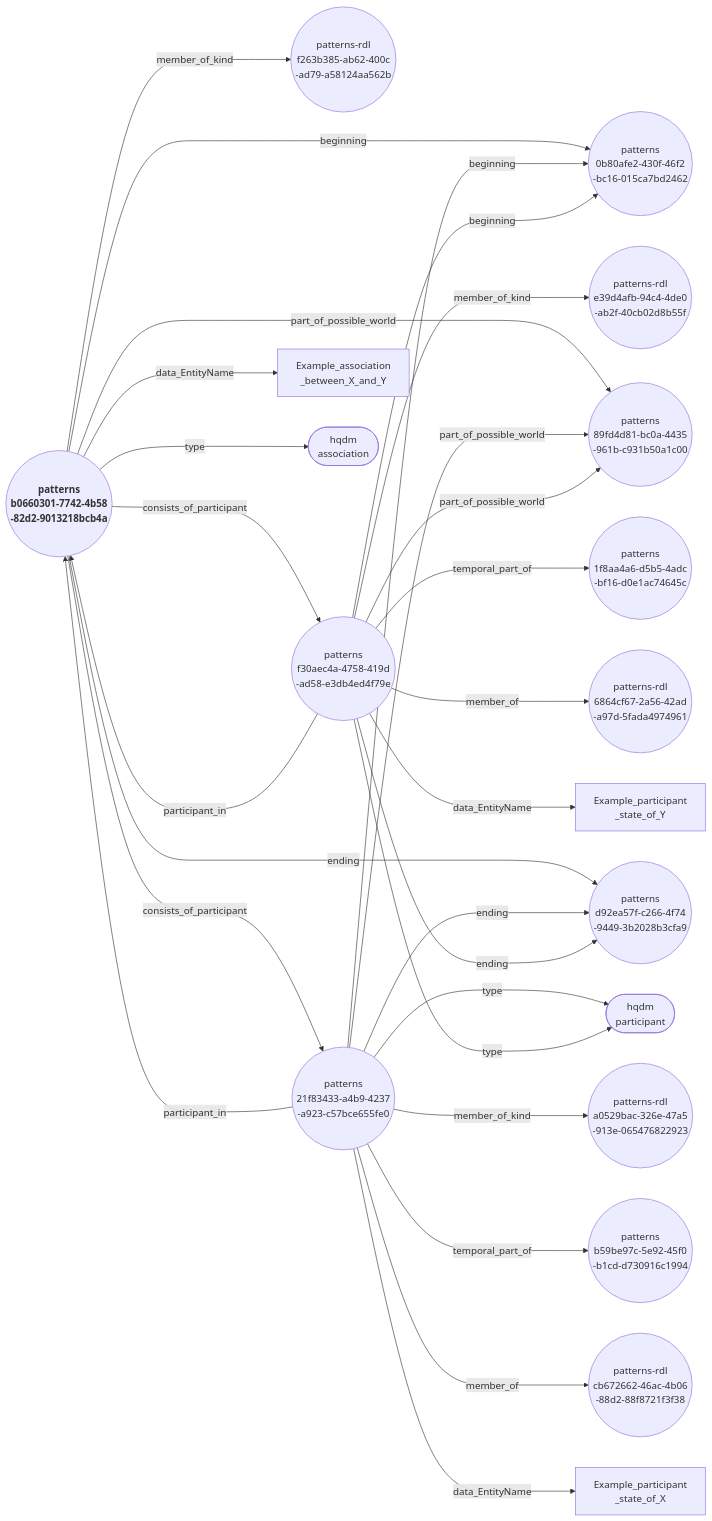
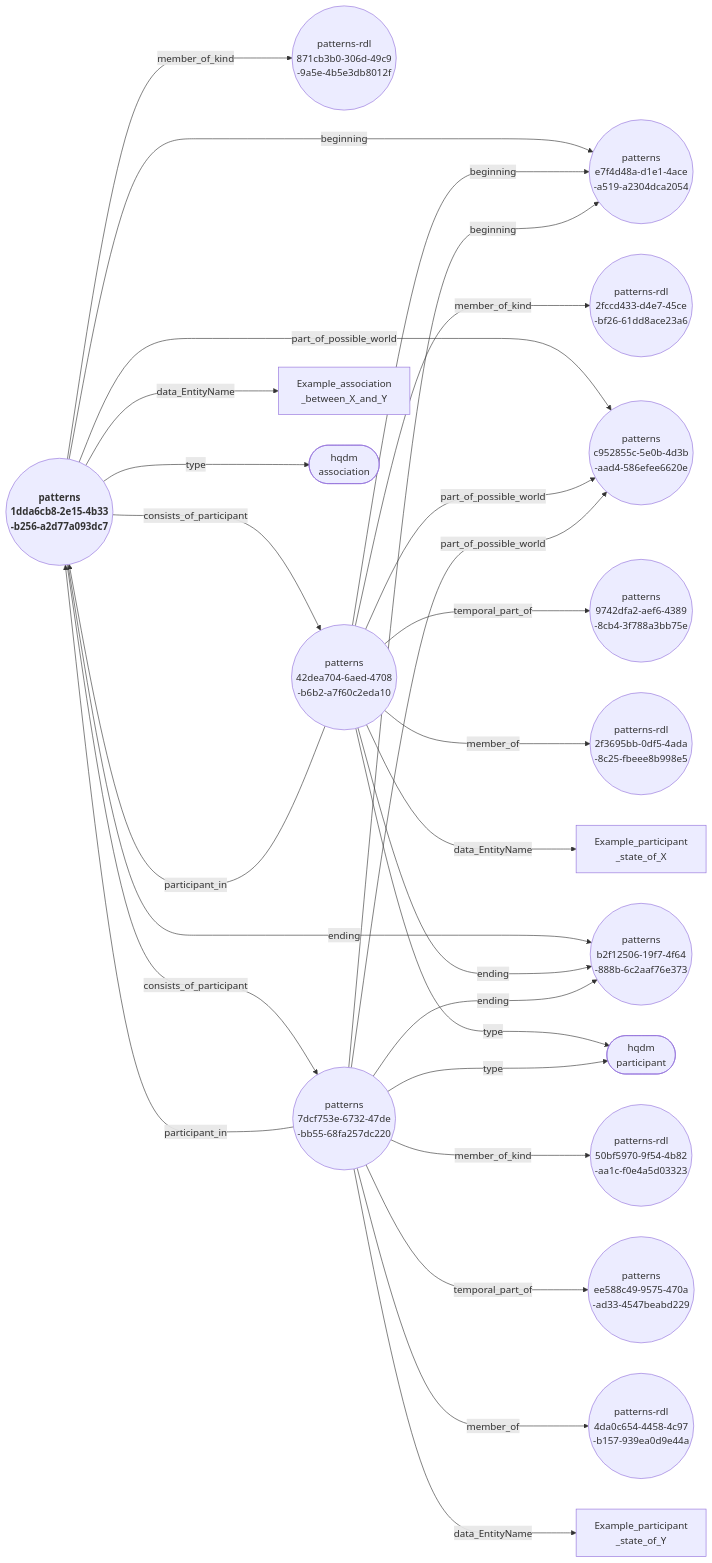
The diagram in docs/extras/example-files/genericAssociationAndParticipantsNodeEdgeGraph.mermaid (ClimbingAl/HqdmPatterns), drawn with Mermaid before and after one commit. The commit also changed 50 other files, not shown here.

````diff
--- a/docs/extras/example-files/genericAssociationAndParticipantsNodeEdgeGraph.mermaid
+++ b/docs/extras/example-files/genericAssociationAndParticipantsNodeEdgeGraph.mermaid
@@ -1,29 +1,29 @@
 ``` mermaid
 graph LR
-  b0660301-7742-4b58-82d2-9013218bcb4a(("<b> patterns <br> b0660301-7742-4b58 <br> -82d2-9013218bcb4a"))--->|"beginning"|0b80afe2-430f-46f2-bc16-015ca7bd2462(("patterns <br> 0b80afe2-430f-46f2 <br> -bc16-015ca7bd2462"));
-  b0660301-7742-4b58-82d2-9013218bcb4a(("<b> patterns <br> b0660301-7742-4b58 <br> -82d2-9013218bcb4a"))--->|"member_of_kind"|f263b385-ab62-400c-ad79-a58124aa562b(("patterns-rdl <br> f263b385-ab62-400c <br> -ad79-a58124aa562b"));
-  b0660301-7742-4b58-82d2-9013218bcb4a(("<b> patterns <br> b0660301-7742-4b58 <br> -82d2-9013218bcb4a"))--->|"consists_of_participant"|f30aec4a-4758-419d-ad58-e3db4ed4f79e(("patterns <br> f30aec4a-4758-419d <br> -ad58-e3db4ed4f79e"));
-  b0660301-7742-4b58-82d2-9013218bcb4a(("<b> patterns <br> b0660301-7742-4b58 <br> -82d2-9013218bcb4a"))--->|"consists_of_participant"|21f83433-a4b9-4237-a923-c57bce655fe0(("patterns <br> 21f83433-a4b9-4237 <br> -a923-c57bce655fe0"));
-  b0660301-7742-4b58-82d2-9013218bcb4a(("<b> patterns <br> b0660301-7742-4b58 <br> -82d2-9013218bcb4a"))--->|"part_of_possible_world"|89fd4d81-bc0a-4435-961b-c931b50a1c00(("patterns <br> 89fd4d81-bc0a-4435 <br> -961b-c931b50a1c00"));
-  b0660301-7742-4b58-82d2-9013218bcb4a(("<b> patterns <br> b0660301-7742-4b58 <br> -82d2-9013218bcb4a"))--->|"data_EntityName"|Example_association_between_X_and_Y["Example_association <br> _between_X_and_Y"];
-  b0660301-7742-4b58-82d2-9013218bcb4a(("<b> patterns <br> b0660301-7742-4b58 <br> -82d2-9013218bcb4a"))--->|"ending"|d92ea57f-c266-4f74-9449-3b2028b3cfa9(("patterns <br> d92ea57f-c266-4f74 <br> -9449-3b2028b3cfa9"));
-  b0660301-7742-4b58-82d2-9013218bcb4a(("<b> patterns <br> b0660301-7742-4b58 <br> -82d2-9013218bcb4a"))--->|"type"|association(["hqdm <br> association"]);
-  21f83433-a4b9-4237-a923-c57bce655fe0(("patterns <br> 21f83433-a4b9-4237 <br> -a923-c57bce655fe0"))--->|"beginning"|0b80afe2-430f-46f2-bc16-015ca7bd2462(("patterns <br> 0b80afe2-430f-46f2 <br> -bc16-015ca7bd2462"));
-  21f83433-a4b9-4237-a923-c57bce655fe0(("patterns <br> 21f83433-a4b9-4237 <br> -a923-c57bce655fe0"))--->|"member_of_kind"|a0529bac-326e-47a5-913e-065476822923(("patterns-rdl <br> a0529bac-326e-47a5 <br> -913e-065476822923"));
-  21f83433-a4b9-4237-a923-c57bce655fe0(("patterns <br> 21f83433-a4b9-4237 <br> -a923-c57bce655fe0"))--->|"part_of_possible_world"|89fd4d81-bc0a-4435-961b-c931b50a1c00(("patterns <br> 89fd4d81-bc0a-4435 <br> -961b-c931b50a1c00"));
-  21f83433-a4b9-4237-a923-c57bce655fe0(("patterns <br> 21f83433-a4b9-4237 <br> -a923-c57bce655fe0"))--->|"participant_in"|b0660301-7742-4b58-82d2-9013218bcb4a(("<b> patterns <br> b0660301-7742-4b58 <br> -82d2-9013218bcb4a"));
-  21f83433-a4b9-4237-a923-c57bce655fe0(("patterns <br> 21f83433-a4b9-4237 <br> -a923-c57bce655fe0"))--->|"temporal_part_of"|b59be97c-5e92-45f0-b1cd-d730916c1994(("patterns <br> b59be97c-5e92-45f0 <br> -b1cd-d730916c1994"));
-  21f83433-a4b9-4237-a923-c57bce655fe0(("patterns <br> 21f83433-a4b9-4237 <br> -a923-c57bce655fe0"))--->|"member_of"|cb672662-46ac-4b06-88d2-88f8721f3f38(("patterns-rdl <br> cb672662-46ac-4b06 <br> -88d2-88f8721f3f38"));
-  21f83433-a4b9-4237-a923-c57bce655fe0(("patterns <br> 21f83433-a4b9-4237 <br> -a923-c57bce655fe0"))--->|"data_EntityName"|Example_participant_state_of_X["Example_participant <br> _state_of_X"];
-  21f83433-a4b9-4237-a923-c57bce655fe0(("patterns <br> 21f83433-a4b9-4237 <br> -a923-c57bce655fe0"))--->|"ending"|d92ea57f-c266-4f74-9449-3b2028b3cfa9(("patterns <br> d92ea57f-c266-4f74 <br> -9449-3b2028b3cfa9"));
-  21f83433-a4b9-4237-a923-c57bce655fe0(("patterns <br> 21f83433-a4b9-4237 <br> -a923-c57bce655fe0"))--->|"type"|participant(["hqdm <br> participant"]);
-  f30aec4a-4758-419d-ad58-e3db4ed4f79e(("patterns <br> f30aec4a-4758-419d <br> -ad58-e3db4ed4f79e"))--->|"beginning"|0b80afe2-430f-46f2-bc16-015ca7bd2462(("patterns <br> 0b80afe2-430f-46f2 <br> -bc16-015ca7bd2462"));
-  f30aec4a-4758-419d-ad58-e3db4ed4f79e(("patterns <br> f30aec4a-4758-419d <br> -ad58-e3db4ed4f79e"))--->|"member_of_kind"|e39d4afb-94c4-4de0-ab2f-40cb02d8b55f(("patterns-rdl <br> e39d4afb-94c4-4de0 <br> -ab2f-40cb02d8b55f"));
-  f30aec4a-4758-419d-ad58-e3db4ed4f79e(("patterns <br> f30aec4a-4758-419d <br> -ad58-e3db4ed4f79e"))--->|"part_of_possible_world"|89fd4d81-bc0a-4435-961b-c931b50a1c00(("patterns <br> 89fd4d81-bc0a-4435 <br> -961b-c931b50a1c00"));
-  f30aec4a-4758-419d-ad58-e3db4ed4f79e(("patterns <br> f30aec4a-4758-419d <br> -ad58-e3db4ed4f79e"))--->|"participant_in"|b0660301-7742-4b58-82d2-9013218bcb4a(("<b> patterns <br> b0660301-7742-4b58 <br> -82d2-9013218bcb4a"));
-  f30aec4a-4758-419d-ad58-e3db4ed4f79e(("patterns <br> f30aec4a-4758-419d <br> -ad58-e3db4ed4f79e"))--->|"temporal_part_of"|1f8aa4a6-d5b5-4adc-bf16-d0e1ac74645c(("patterns <br> 1f8aa4a6-d5b5-4adc <br> -bf16-d0e1ac74645c"));
-  f30aec4a-4758-419d-ad58-e3db4ed4f79e(("patterns <br> f30aec4a-4758-419d <br> -ad58-e3db4ed4f79e"))--->|"member_of"|6864cf67-2a56-42ad-a97d-5fada4974961(("patterns-rdl <br> 6864cf67-2a56-42ad <br> -a97d-5fada4974961"));
-  f30aec4a-4758-419d-ad58-e3db4ed4f79e(("patterns <br> f30aec4a-4758-419d <br> -ad58-e3db4ed4f79e"))--->|"data_EntityName"|Example_participant_state_of_Y["Example_participant <br> _state_of_Y"];
-  f30aec4a-4758-419d-ad58-e3db4ed4f79e(("patterns <br> f30aec4a-4758-419d <br> -ad58-e3db4ed4f79e"))--->|"ending"|d92ea57f-c266-4f74-9449-3b2028b3cfa9(("patterns <br> d92ea57f-c266-4f74 <br> -9449-3b2028b3cfa9"));
-  f30aec4a-4758-419d-ad58-e3db4ed4f79e(("patterns <br> f30aec4a-4758-419d <br> -ad58-e3db4ed4f79e"))--->|"type"|participant(["hqdm <br> participant"]);
+  1dda6cb8-2e15-4b33-b256-a2d77a093dc7(("<b> patterns <br> 1dda6cb8-2e15-4b33 <br> -b256-a2d77a093dc7"))--->|"beginning"|e7f4d48a-d1e1-4ace-a519-a2304dca2054(("patterns <br> e7f4d48a-d1e1-4ace <br> -a519-a2304dca2054"));
+  1dda6cb8-2e15-4b33-b256-a2d77a093dc7(("<b> patterns <br> 1dda6cb8-2e15-4b33 <br> -b256-a2d77a093dc7"))--->|"member_of_kind"|871cb3b0-306d-49c9-9a5e-4b5e3db8012f(("patterns-rdl <br> 871cb3b0-306d-49c9 <br> -9a5e-4b5e3db8012f"));
+  1dda6cb8-2e15-4b33-b256-a2d77a093dc7(("<b> patterns <br> 1dda6cb8-2e15-4b33 <br> -b256-a2d77a093dc7"))--->|"consists_of_participant"|42dea704-6aed-4708-b6b2-a7f60c2eda10(("patterns <br> 42dea704-6aed-4708 <br> -b6b2-a7f60c2eda10"));
+  1dda6cb8-2e15-4b33-b256-a2d77a093dc7(("<b> patterns <br> 1dda6cb8-2e15-4b33 <br> -b256-a2d77a093dc7"))--->|"consists_of_participant"|7dcf753e-6732-47de-bb55-68fa257dc220(("patterns <br> 7dcf753e-6732-47de <br> -bb55-68fa257dc220"));
+  1dda6cb8-2e15-4b33-b256-a2d77a093dc7(("<b> patterns <br> 1dda6cb8-2e15-4b33 <br> -b256-a2d77a093dc7"))--->|"part_of_possible_world"|c952855c-5e0b-4d3b-aad4-586efee6620e(("patterns <br> c952855c-5e0b-4d3b <br> -aad4-586efee6620e"));
+  1dda6cb8-2e15-4b33-b256-a2d77a093dc7(("<b> patterns <br> 1dda6cb8-2e15-4b33 <br> -b256-a2d77a093dc7"))--->|"data_EntityName"|Example_association_between_X_and_Y["Example_association <br> _between_X_and_Y"];
+  1dda6cb8-2e15-4b33-b256-a2d77a093dc7(("<b> patterns <br> 1dda6cb8-2e15-4b33 <br> -b256-a2d77a093dc7"))--->|"ending"|b2f12506-19f7-4f64-888b-6c2aaf76e373(("patterns <br> b2f12506-19f7-4f64 <br> -888b-6c2aaf76e373"));
+  1dda6cb8-2e15-4b33-b256-a2d77a093dc7(("<b> patterns <br> 1dda6cb8-2e15-4b33 <br> -b256-a2d77a093dc7"))--->|"type"|association(["hqdm <br> association"]);
+  42dea704-6aed-4708-b6b2-a7f60c2eda10(("patterns <br> 42dea704-6aed-4708 <br> -b6b2-a7f60c2eda10"))--->|"beginning"|e7f4d48a-d1e1-4ace-a519-a2304dca2054(("patterns <br> e7f4d48a-d1e1-4ace <br> -a519-a2304dca2054"));
+  42dea704-6aed-4708-b6b2-a7f60c2eda10(("patterns <br> 42dea704-6aed-4708 <br> -b6b2-a7f60c2eda10"))--->|"member_of_kind"|2fccd433-d4e7-45ce-bf26-61dd8ace23a6(("patterns-rdl <br> 2fccd433-d4e7-45ce <br> -bf26-61dd8ace23a6"));
+  42dea704-6aed-4708-b6b2-a7f60c2eda10(("patterns <br> 42dea704-6aed-4708 <br> -b6b2-a7f60c2eda10"))--->|"part_of_possible_world"|c952855c-5e0b-4d3b-aad4-586efee6620e(("patterns <br> c952855c-5e0b-4d3b <br> -aad4-586efee6620e"));
+  42dea704-6aed-4708-b6b2-a7f60c2eda10(("patterns <br> 42dea704-6aed-4708 <br> -b6b2-a7f60c2eda10"))--->|"participant_in"|1dda6cb8-2e15-4b33-b256-a2d77a093dc7(("<b> patterns <br> 1dda6cb8-2e15-4b33 <br> -b256-a2d77a093dc7"));
+  42dea704-6aed-4708-b6b2-a7f60c2eda10(("patterns <br> 42dea704-6aed-4708 <br> -b6b2-a7f60c2eda10"))--->|"temporal_part_of"|9742dfa2-aef6-4389-8cb4-3f788a3bb75e(("patterns <br> 9742dfa2-aef6-4389 <br> -8cb4-3f788a3bb75e"));
+  42dea704-6aed-4708-b6b2-a7f60c2eda10(("patterns <br> 42dea704-6aed-4708 <br> -b6b2-a7f60c2eda10"))--->|"member_of"|2f3695bb-0df5-4ada-8c25-fbeee8b998e5(("patterns-rdl <br> 2f3695bb-0df5-4ada <br> -8c25-fbeee8b998e5"));
+  42dea704-6aed-4708-b6b2-a7f60c2eda10(("patterns <br> 42dea704-6aed-4708 <br> -b6b2-a7f60c2eda10"))--->|"data_EntityName"|Example_participant_state_of_X["Example_participant <br> _state_of_X"];
+  42dea704-6aed-4708-b6b2-a7f60c2eda10(("patterns <br> 42dea704-6aed-4708 <br> -b6b2-a7f60c2eda10"))--->|"ending"|b2f12506-19f7-4f64-888b-6c2aaf76e373(("patterns <br> b2f12506-19f7-4f64 <br> -888b-6c2aaf76e373"));
+  42dea704-6aed-4708-b6b2-a7f60c2eda10(("patterns <br> 42dea704-6aed-4708 <br> -b6b2-a7f60c2eda10"))--->|"type"|participant(["hqdm <br> participant"]);
+  7dcf753e-6732-47de-bb55-68fa257dc220(("patterns <br> 7dcf753e-6732-47de <br> -bb55-68fa257dc220"))--->|"beginning"|e7f4d48a-d1e1-4ace-a519-a2304dca2054(("patterns <br> e7f4d48a-d1e1-4ace <br> -a519-a2304dca2054"));
+  7dcf753e-6732-47de-bb55-68fa257dc220(("patterns <br> 7dcf753e-6732-47de <br> -bb55-68fa257dc220"))--->|"member_of_kind"|50bf5970-9f54-4b82-aa1c-f0e4a5d03323(("patterns-rdl <br> 50bf5970-9f54-4b82 <br> -aa1c-f0e4a5d03323"));
+  7dcf753e-6732-47de-bb55-68fa257dc220(("patterns <br> 7dcf753e-6732-47de <br> -bb55-68fa257dc220"))--->|"part_of_possible_world"|c952855c-5e0b-4d3b-aad4-586efee6620e(("patterns <br> c952855c-5e0b-4d3b <br> -aad4-586efee6620e"));
+  7dcf753e-6732-47de-bb55-68fa257dc220(("patterns <br> 7dcf753e-6732-47de <br> -bb55-68fa257dc220"))--->|"participant_in"|1dda6cb8-2e15-4b33-b256-a2d77a093dc7(("<b> patterns <br> 1dda6cb8-2e15-4b33 <br> -b256-a2d77a093dc7"));
+  7dcf753e-6732-47de-bb55-68fa257dc220(("patterns <br> 7dcf753e-6732-47de <br> -bb55-68fa257dc220"))--->|"temporal_part_of"|ee588c49-9575-470a-ad33-4547beabd229(("patterns <br> ee588c49-9575-470a <br> -ad33-4547beabd229"));
+  7dcf753e-6732-47de-bb55-68fa257dc220(("patterns <br> 7dcf753e-6732-47de <br> -bb55-68fa257dc220"))--->|"member_of"|4da0c654-4458-4c97-b157-939ea0d9e44a(("patterns-rdl <br> 4da0c654-4458-4c97 <br> -b157-939ea0d9e44a"));
+  7dcf753e-6732-47de-bb55-68fa257dc220(("patterns <br> 7dcf753e-6732-47de <br> -bb55-68fa257dc220"))--->|"data_EntityName"|Example_participant_state_of_Y["Example_participant <br> _state_of_Y"];
+  7dcf753e-6732-47de-bb55-68fa257dc220(("patterns <br> 7dcf753e-6732-47de <br> -bb55-68fa257dc220"))--->|"ending"|b2f12506-19f7-4f64-888b-6c2aaf76e373(("patterns <br> b2f12506-19f7-4f64 <br> -888b-6c2aaf76e373"));
+  7dcf753e-6732-47de-bb55-68fa257dc220(("patterns <br> 7dcf753e-6732-47de <br> -bb55-68fa257dc220"))--->|"type"|participant(["hqdm <br> participant"]);
 ```
````
